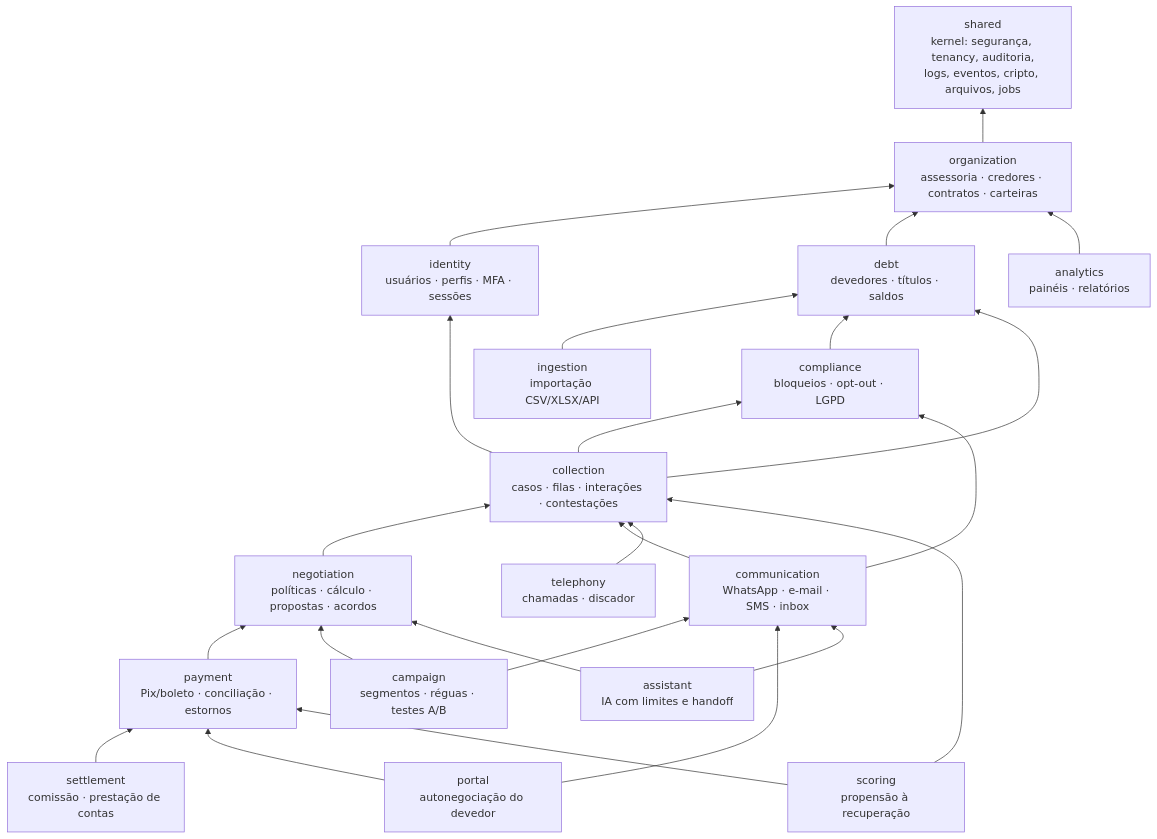
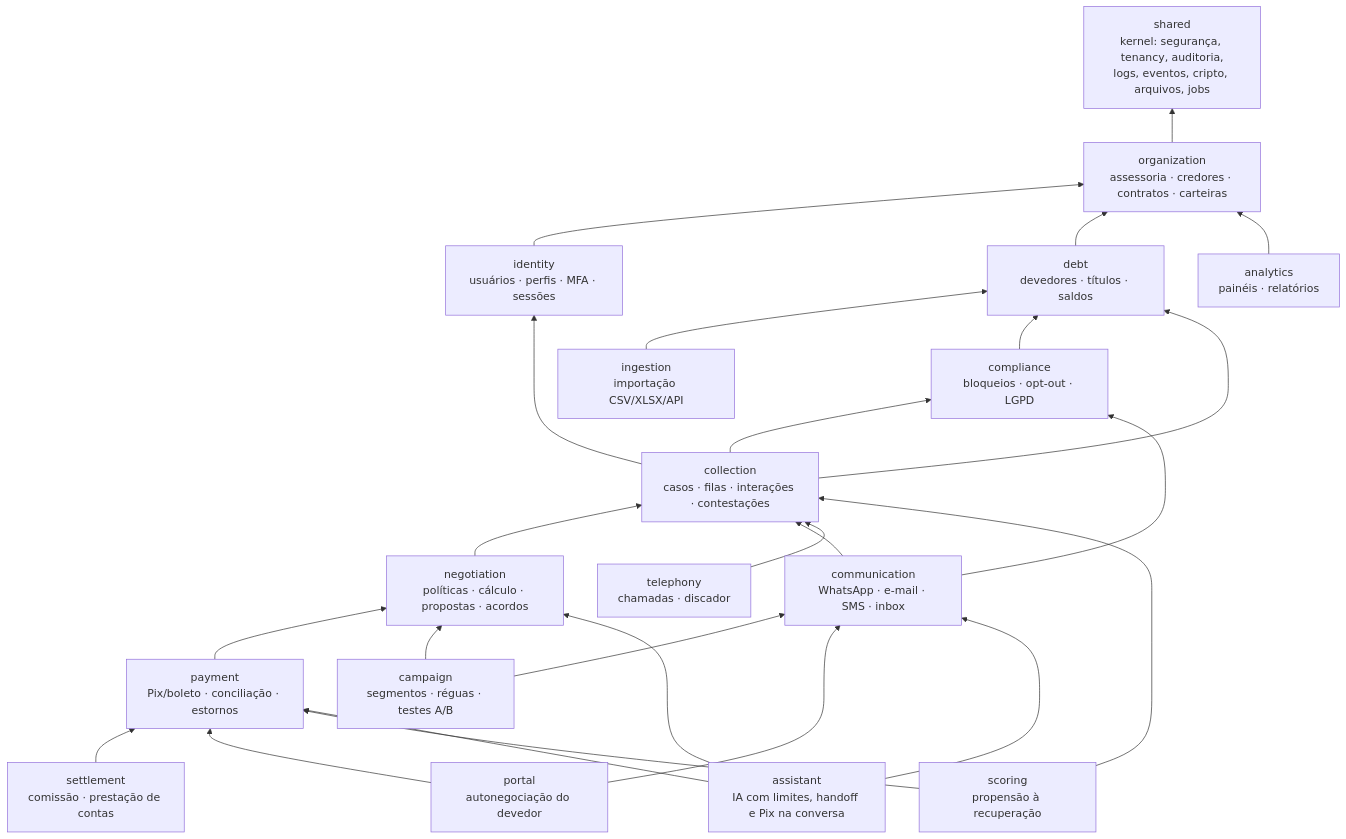
Before and after one commit to marcoskapp/gestor_cobranca: the third of 6 diagrams in docs/arquitetura/topologia-logica.md, drawn with Mermaid. The commit also changed other lines of this file and 29 other files, not shown here.

First line of the commit message:
WIP: Pix na conversa — testes, documentação e ADR-0009

````diff
--- a/docs/arquitetura/topologia-logica.md
+++ b/docs/arquitetura/topologia-logica.md
@@ -78,37 +78,37 @@
 ```mermaid
 flowchart BT
     SH["shared<br/>kernel: segurança, tenancy, auditoria,<br/>logs, eventos, cripto, arquivos, jobs"]
     ORG["organization<br/>assessoria · credores · contratos · carteiras"]
     IDN["identity<br/>usuários · perfis · MFA · sessões"]
     DEBT["debt<br/>devedores · títulos · saldos"]
     ING["ingestion<br/>importação CSV/XLSX/API"]
     CMP["compliance<br/>bloqueios · opt-out · LGPD"]
     COL["collection<br/>casos · filas · interações · contestações"]
     NEG["negotiation<br/>políticas · cálculo · propostas · acordos"]
     PAY["payment<br/>Pix/boleto · conciliação · estornos"]
     SET["settlement<br/>comissão · prestação de contas"]
     COM["communication<br/>WhatsApp · e-mail · SMS · inbox"]
     CAM["campaign<br/>segmentos · réguas · testes A/B"]
     TEL["telephony<br/>chamadas · discador"]
     POR["portal<br/>autonegociação do devedor"]
     SCO["scoring<br/>propensão à recuperação"]
-    AST["assistant<br/>IA com limites e handoff"]
+    AST["assistant<br/>IA com limites, handoff e Pix na conversa"]
     ANA["analytics<br/>painéis · relatórios"]
 
     ORG --> SH
     IDN --> ORG
     DEBT --> ORG
     ING --> DEBT
     CMP --> DEBT
     COL --> DEBT & CMP & IDN
     NEG --> COL
     PAY --> NEG
     SET --> PAY
     COM --> COL & CMP
     CAM --> COM & NEG
     TEL --> COL
     POR --> PAY & COM
     SCO --> PAY & COL
-    AST --> NEG & COM
+    AST --> NEG & COM & PAY
     ANA --> ORG
 ```
````
